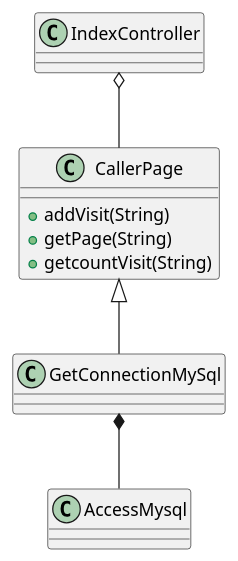
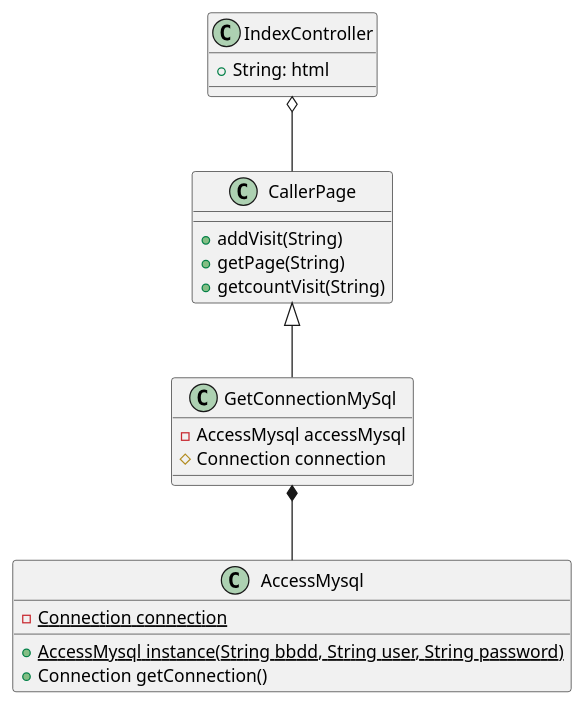
Before and after one commit to luciano55/storeApp2020: the diagram in store 2020a 14 septiembre/backend/plantUML/patron DAO.puml, drawn with PlantUML. The commit also changed 21 other files, not shown here.

```diff
--- a/store 2020a 14 septiembre/backend/plantUML/patron DAO.puml
+++ b/store 2020a 14 septiembre/backend/plantUML/patron DAO.puml
@@ -1,10 +1,22 @@
-@startuml
+@startuml Page
+class AccessMysql{
+ -{static} Connection connection 
+{static} + AccessMysql instance(String bbdd, String user, String password)
++  Connection getConnection()
+}
+class GetConnectionMySql{
+ -AccessMysql accessMysql
+ #Connection connection 
+}
 class CallerPage{
 +addVisit(String)
 +getPage(String)
 +getcountVisit(String)
 }
+class IndexController{
++String: html
+}
 IndexController o-- CallerPage
 CallerPage <|-- GetConnectionMySql
 GetConnectionMySql *-- AccessMysql
 @enduml
```
